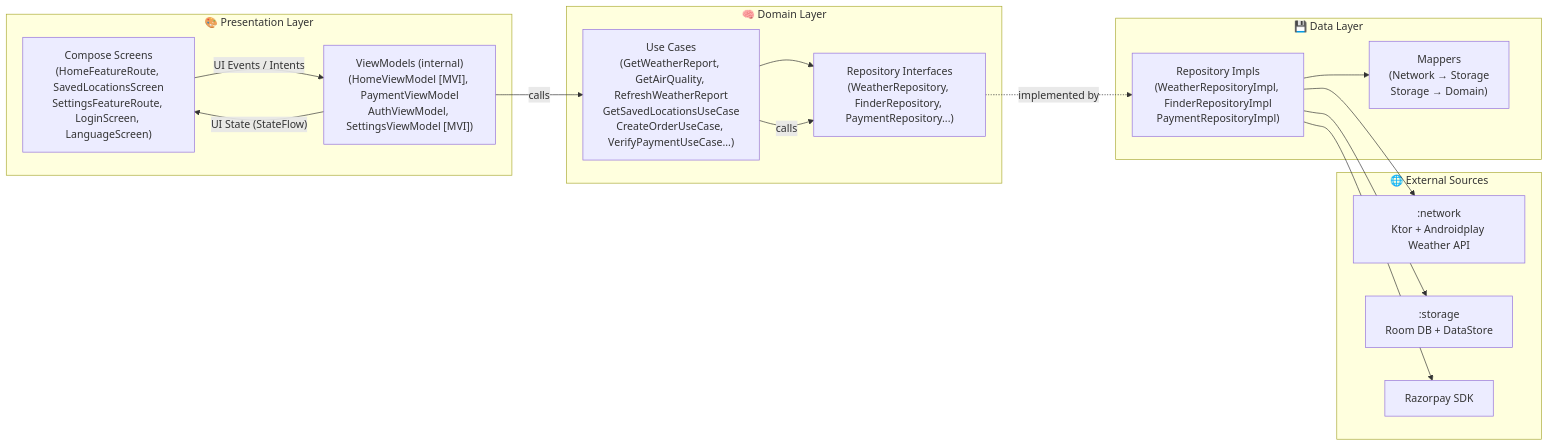
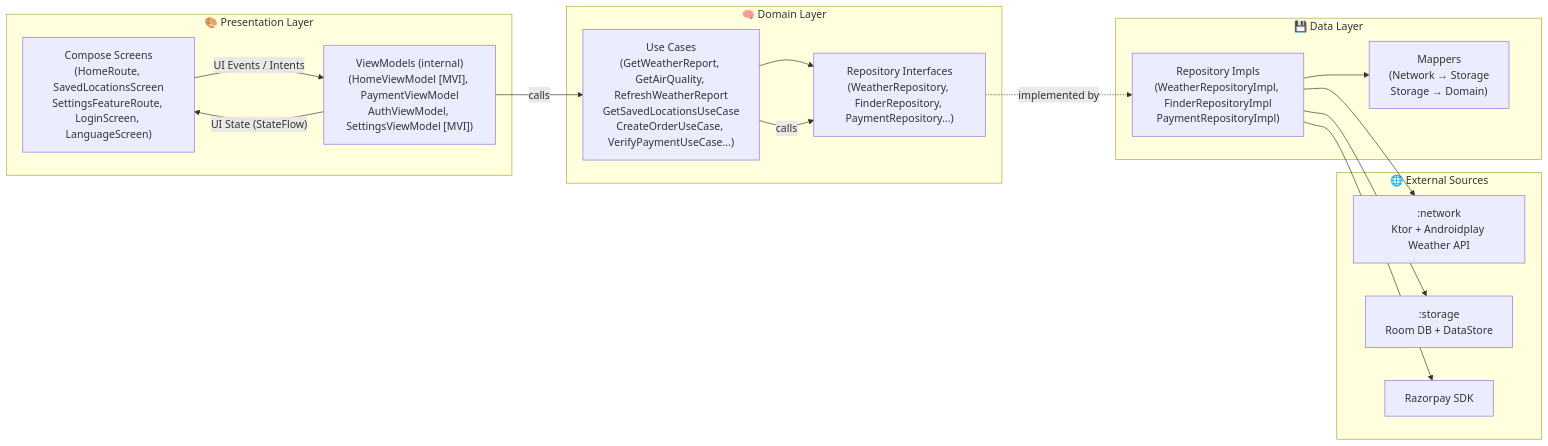
Before and after one commit to bosankus/Compose-Weatherify: the second of 3 diagrams in README.md, drawn with Mermaid. The commit also changed other lines of this file and 3 other files, not shown here.

````diff
--- a/README.md
+++ b/README.md
@@ -124,34 +147,34 @@
 ```mermaid
 graph LR
     subgraph Presentation["🎨 Presentation Layer"]
-        UI["Compose Screens\n(HomeFeatureRoute, SavedLocationsScreen\nSettingsFeatureRoute, LoginScreen, LanguageScreen)"]
+        UI["Compose Screens\n(HomeRoute, SavedLocationsScreen\nSettingsFeatureRoute, LoginScreen, LanguageScreen)"]
         VM["ViewModels (internal)\n(HomeViewModel [MVI], PaymentViewModel\nAuthViewModel, SettingsViewModel [MVI])"]
         UI -- "UI Events / Intents" --> VM
         VM -- "UI State (StateFlow)" --> UI
     end
 
     subgraph Domain["🧠 Domain Layer"]
         UC["Use Cases\n(GetWeatherReport, GetAirQuality, RefreshWeatherReport\nGetSavedLocationsUseCase\nCreateOrderUseCase, VerifyPaymentUseCase...)"]
         REPO_IF["Repository Interfaces\n(WeatherRepository, FinderRepository, PaymentRepository...)"]
         UC --> REPO_IF
     end
 
     subgraph Data["💾 Data Layer"]
         REPO_IMPL["Repository Impls\n(WeatherRepositoryImpl, FinderRepositoryImpl\nPaymentRepositoryImpl)"]
         MAPPER["Mappers\n(Network → Storage\nStorage → Domain)"]
         REPO_IMPL --> MAPPER
     end
 
     subgraph External["🌐 External Sources"]
         NET[":network\nKtor + Androidplay Weather API"]
         DB[":storage\nRoom DB + DataStore"]
         PAY["Razorpay SDK"]
     end
 
     VM -- "calls" --> UC
     UC -- "calls" --> REPO_IF
     REPO_IF -. "implemented by" .-> REPO_IMPL
     REPO_IMPL --> NET
     REPO_IMPL --> DB
     REPO_IMPL --> PAY
 ```
````
